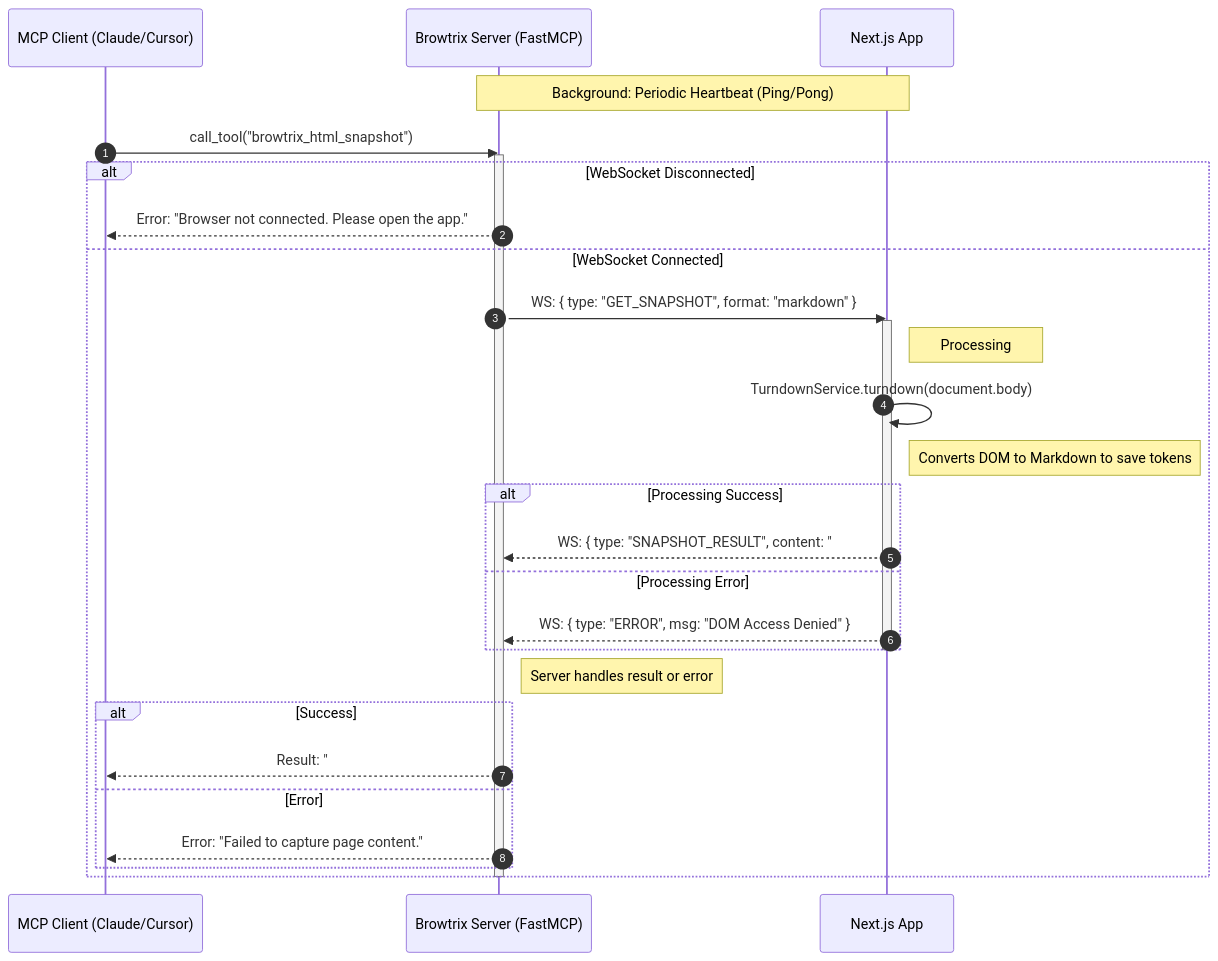
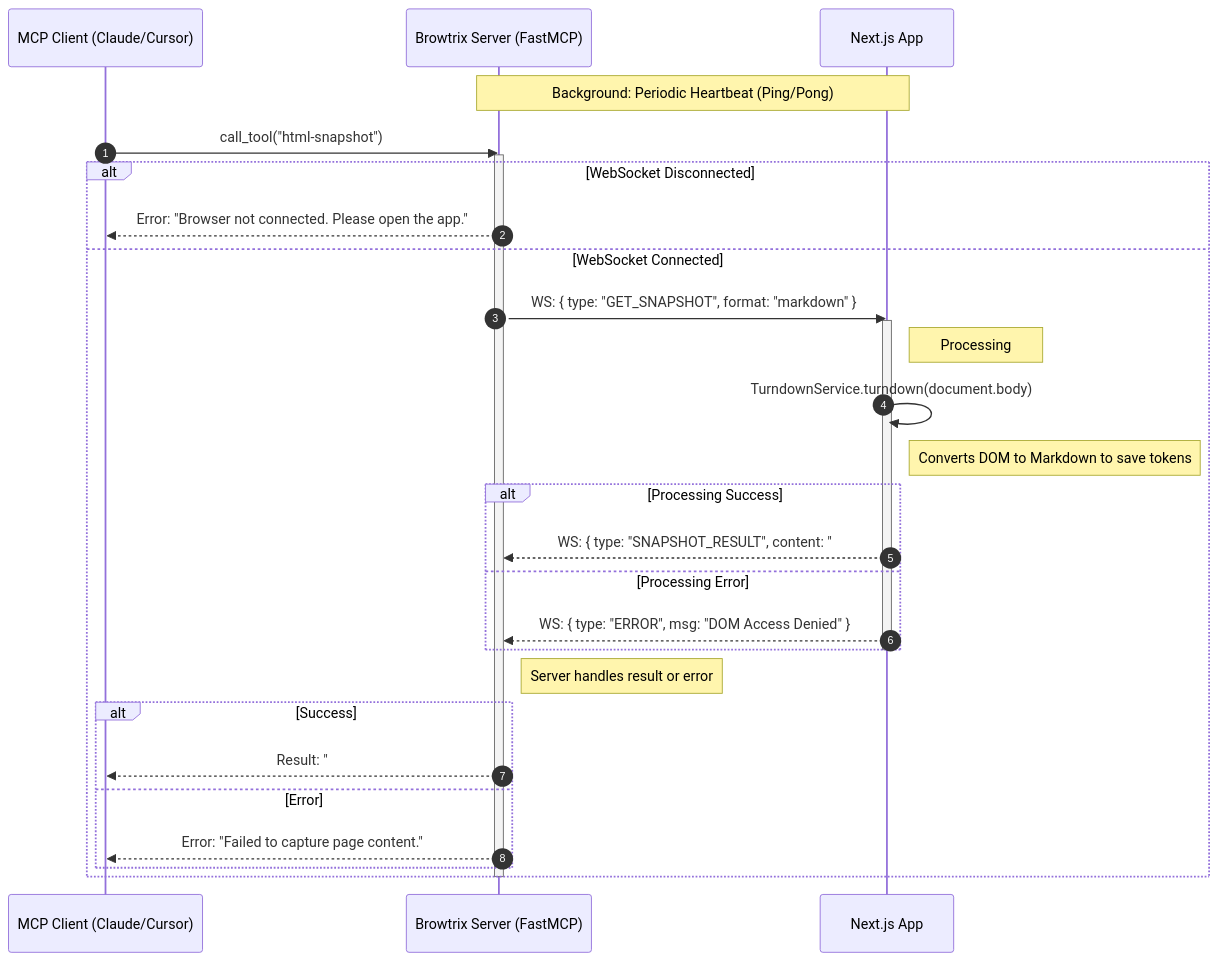
One commit to InduwaraSMPN/browtrix changed the diagram in docs/sequence_diagrams/browtrix_html_snapshot.mermaid. Above: the diagram before and after it, drawn with Mermaid. The commit also changed 9 other files, not shown here.

```diff
--- a/docs/sequence_diagrams/browtrix_html_snapshot.mermaid
+++ b/docs/sequence_diagrams/browtrix_html_snapshot.mermaid
@@ -1,37 +1,37 @@
 sequenceDiagram
     autonumber
     participant Client as MCP Client (Claude/Cursor)
     participant Server as Browtrix Server (FastMCP)
     participant WebApp as Next.js App
     
     Note over Server, WebApp: Background: Periodic Heartbeat (Ping/Pong)
 
-    Client->>Server: call_tool("browtrix_html_snapshot")
+    Client->>Server: call_tool("html-snapshot")
     activate Server
 
     alt WebSocket Disconnected
         Server-->>Client: Error: "Browser not connected. Please open the app."
     else WebSocket Connected
         Server->>WebApp: WS: { type: "GET_SNAPSHOT", format: "markdown" }
         activate WebApp
         
         Note right of WebApp: Processing
         WebApp->>WebApp: TurndownService.turndown(document.body)
         Note right of WebApp: Converts DOM to Markdown to save tokens
         
         alt Processing Success
             WebApp-->>Server: WS: { type: "SNAPSHOT_RESULT", content: "## Header..." }
         else Processing Error
             WebApp-->>Server: WS: { type: "ERROR", msg: "DOM Access Denied" }
         end
         deactivate WebApp
         
         Note right of Server: Server handles result or error
         
         alt Success
             Server-->>Client: Result: "## Header..."
         else Error
             Server-->>Client: Error: "Failed to capture page content."
         end
     end
     deactivate Server
```
